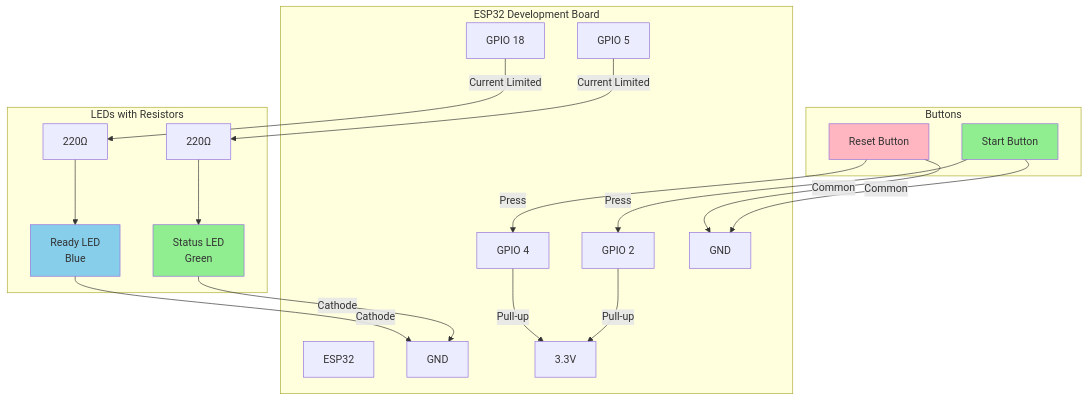
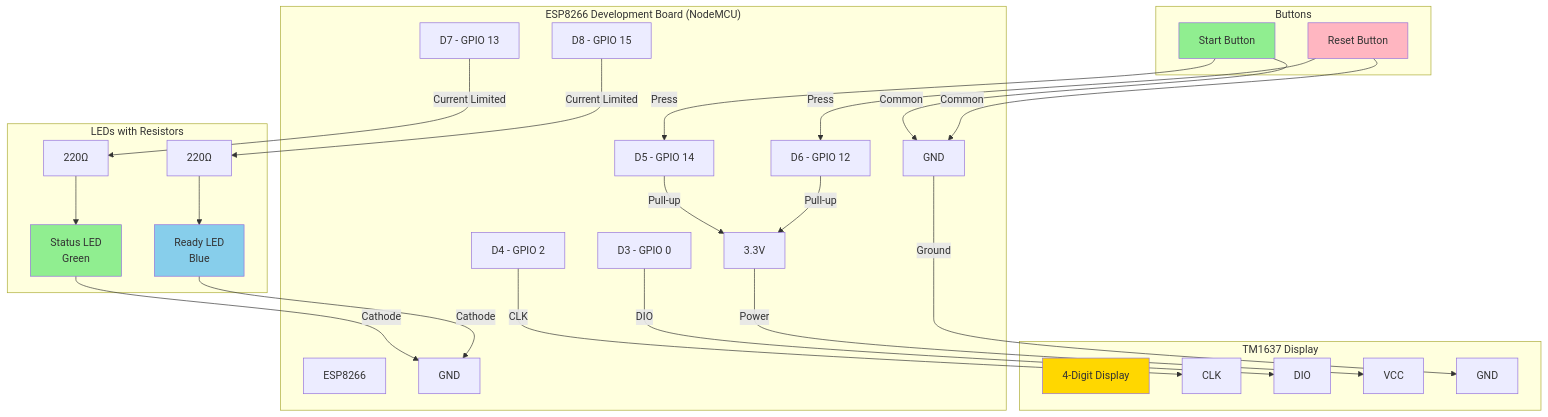
One commit to xaxy55/tournament-countdown changed the diagram in arduino/README.md. Above: the diagram before and after it, drawn with Mermaid. The commit also changed other lines of this file and 2 other files, not shown here.

Commit message:
feat: update README and library files for ESP8266 support with 7-segment display

````diff
--- a/arduino/README.md
+++ b/arduino/README.md
@@ -34,48 +38,65 @@
 ```mermaid
 graph TB
-    subgraph "ESP32 Development Board"
-        ESP32[ESP32]
-        GPIO2[GPIO 2]
-        GPIO4[GPIO 4]
-        GPIO5[GPIO 5]
-        GPIO18[GPIO 18]
+    subgraph "ESP8266 Development Board (NodeMCU)"
+        ESP8266[ESP8266]
+        D3[D3 - GPIO 0]
+        D4[D4 - GPIO 2]
+        D5[D5 - GPIO 14]
+        D6[D6 - GPIO 12]
+        D7[D7 - GPIO 13]
+        D8[D8 - GPIO 15]
         GND1[GND]
         GND2[GND]
         VCC[3.3V]
+    end
+    
+    subgraph "TM1637 Display"
+        DISP[4-Digit Display]
+        CLK[CLK]
+        DIO[DIO]
+        VCCDISP[VCC]
+        GNDDISP[GND]
     end
     
     subgraph "Buttons"
         StartBtn[Start Button]
         ResetBtn[Reset Button]
     end
     
     subgraph "LEDs with Resistors"
         StatusLED[Status LED<br/>Green]
         ReadyLED[Ready LED<br/>Blue]
         R1[220Ω]
         R2[220Ω]
     end
     
+    %% Display connections
+    D4 -->|CLK| CLK
+    D3 -->|DIO| DIO
+    VCC -->|Power| VCCDISP
+    GND1 -->|Ground| GNDDISP
+    
     %% Button connections
-    StartBtn -->|Press| GPIO2
-    GPIO2 -->|Pull-up| VCC
+    StartBtn -->|Press| D5
+    D5 -->|Pull-up| VCC
     StartBtn -->|Common| GND1
     
-    ResetBtn -->|Press| GPIO4
-    GPIO4 -->|Pull-up| VCC
+    ResetBtn -->|Press| D6
+    D6 -->|Pull-up| VCC
     ResetBtn -->|Common| GND1
     
     %% LED connections
-    GPIO5 -->|Current Limited| R1
+    D7 -->|Current Limited| R1
     R1 --> StatusLED
     StatusLED -->|Cathode| GND2
     
-    GPIO18 -->|Current Limited| R2
+    D8 -->|Current Limited| R2
     R2 --> ReadyLED
     ReadyLED -->|Cathode| GND2
     
     style StartBtn fill:#90EE90
     style ResetBtn fill:#FFB6C1
     style StatusLED fill:#90EE90
     style ReadyLED fill:#87CEEB
+    style DISP fill:#FFD700
 ```
````
